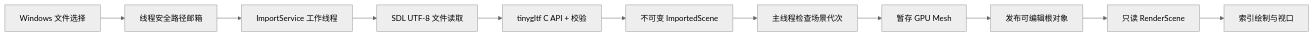
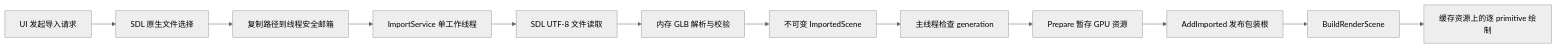
Before and after one commit to RobinSongx/WorldForge: the first of 3 diagrams in docs/learning/0002-mesh-import.md, drawn with Mermaid (neutral theme). The commit also changed other lines of this file and 2 other files, not shown here.

Commit message:
Expand GUI framework and mesh import implementation guides

````diff
--- a/docs/learning/0002-mesh-import.md
+++ b/docs/learning/0002-mesh-import.md
@@ -7,13 +17,14 @@
-```mermaid
+~~~mermaid
 flowchart LR
-  Picker[Windows 文件选择] --> Mailbox[线程安全路径邮箱]
-  Mailbox --> Worker[ImportService 工作线程]
-  Worker --> Reader[SDL UTF-8 文件读取]
-  Reader --> Parser[tinygltf C API + 校验]
-  Parser --> Asset[不可变 ImportedScene]
-  Asset --> Main[主线程检查场景代次]
-  Main --> Upload[暂存 GPU Mesh]
-  Upload --> Root[发布可编辑根对象]
-  Root --> Snapshot[只读 RenderScene]
-  Snapshot --> Viewport[索引绘制与视口]
-```
+  Button["UI 发起导入请求"] --> Picker["SDL 原生文件选择"]
+  Picker --> Mailbox["复制路径到线程安全邮箱"]
+  Mailbox --> Worker["ImportService 单工作线程"]
+  Worker --> Reader["SDL UTF-8 文件读取"]
+  Reader --> Parser["内存 GLB 解析与校验"]
+  Parser --> Asset["不可变 ImportedScene"]
+  Asset --> Generation["主线程检查 generation"]
+  Generation --> Upload["Prepare 暂存 GPU 资源"]
+  Upload --> Root["AddImported 发布包装根"]
+  Root --> Snapshot["BuildRenderScene"]
+  Snapshot --> Draw["缓存资源上的逐 primitive 绘制"]
+~~~
````
